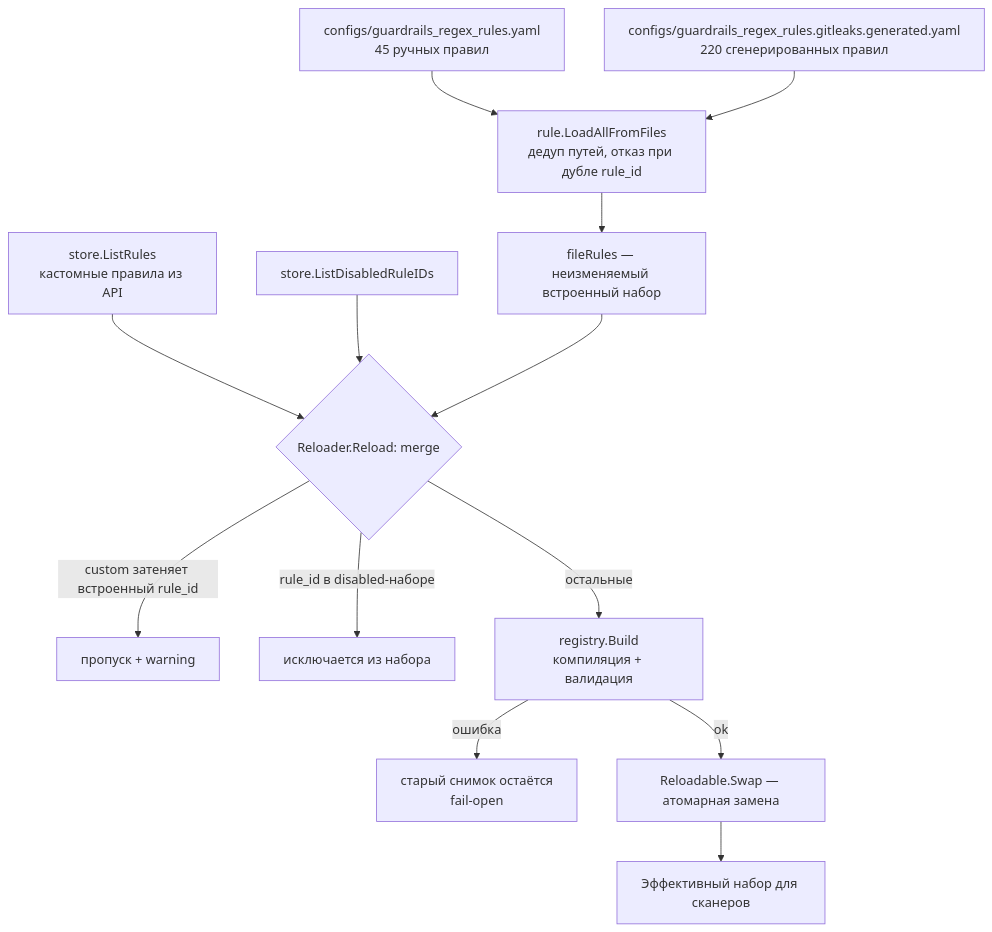
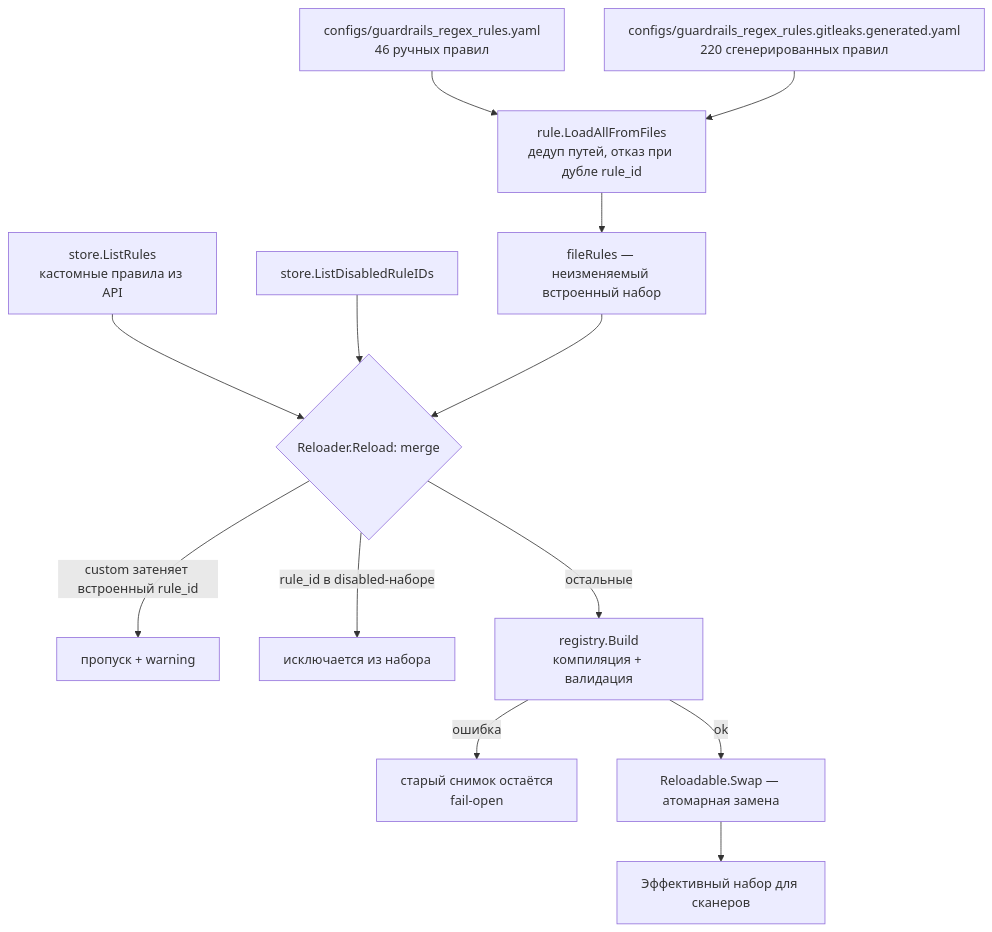
The first of 3 diagrams in docs/rules-engine/README.md (cloud-ru-tech/guardrails-llm-filter), drawn with Mermaid before and after one commit. The commit also changed other lines of this file and 5 other files, not shown here.

````diff
--- a/docs/rules-engine/README.md
+++ b/docs/rules-engine/README.md
@@ -53,15 +53,15 @@
 ```mermaid
 flowchart TD
-    YAML["configs/guardrails_regex_rules.yaml<br/>45 ручных правил"] --> LOAD["rule.LoadAllFromFiles<br/>дедуп путей, отказ при дубле rule_id"]
+    YAML["configs/guardrails_regex_rules.yaml<br/>46 ручных правил"] --> LOAD["rule.LoadAllFromFiles<br/>дедуп путей, отказ при дубле rule_id"]
     GEN["configs/guardrails_regex_rules.gitleaks.generated.yaml<br/>220 сгенерированных правил"] --> LOAD
     LOAD --> FILES["fileRules — неизменяемый встроенный набор"]
     STORE["store.ListRules<br/>кастомные правила из API"] --> MERGE
     DIS["store.ListDisabledRuleIDs"] --> MERGE
     FILES --> MERGE{"Reloader.Reload: merge"}
     MERGE -->|"custom затеняет встроенный rule_id"| SKIP["пропуск + warning"]
     MERGE -->|"rule_id в disabled-наборе"| OFF["исключается из набора"]
     MERGE -->|"остальные"| BUILD["registry.Build<br/>компиляция + валидация"]
     BUILD -->|"ошибка"| KEEP["старый снимок остаётся<br/>fail-open"]
     BUILD -->|"ok"| SWAP["Reloadable.Swap — атомарная замена"]
     SWAP --> EFF["Эффективный набор для сканеров"]
 ```
````
